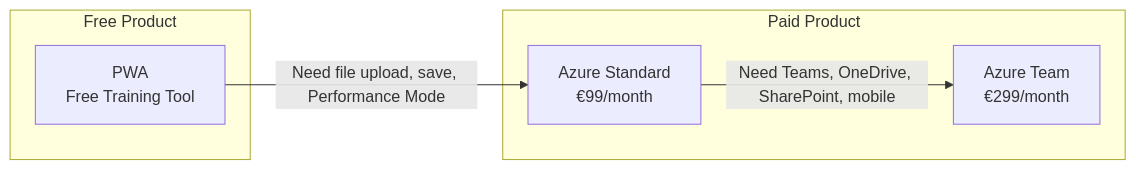
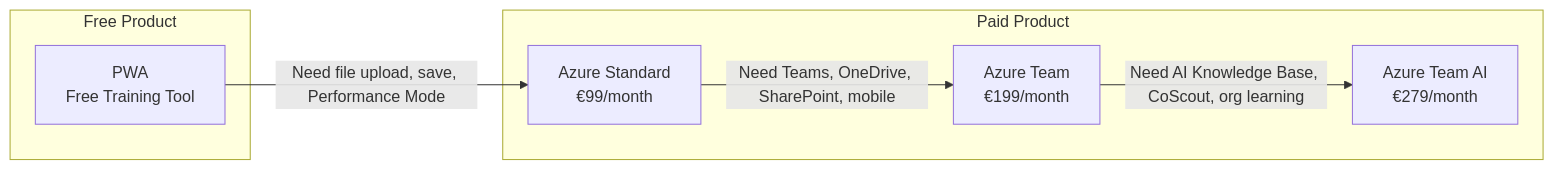
Before and after one commit to jukka-matti/variscout: the diagram in docs/08-products/index.md, drawn with Mermaid. The commit also changed other lines of this file and 23 other files, not shown here.

````diff
--- a/docs/08-products/index.md
+++ b/docs/08-products/index.md
@@ -13,14 +13,16 @@
 ```mermaid
 flowchart LR
     subgraph Paid["Paid Product"]
         A1[Azure Standard<br/>€99/month]
-        A2[Azure Team<br/>€299/month]
+        A2[Azure Team<br/>€199/month]
+        A3[Azure Team AI<br/>€279/month]
     end
 
     subgraph Free["Free Product"]
         C[PWA<br/>Free Training Tool]
     end
 
     C -->|"Need file upload, save, Performance Mode"| A1
     A1 -->|"Need Teams, OneDrive, SharePoint, mobile"| A2
+    A2 -->|"Need AI Knowledge Base, CoScout, org learning"| A3
 ```
````
